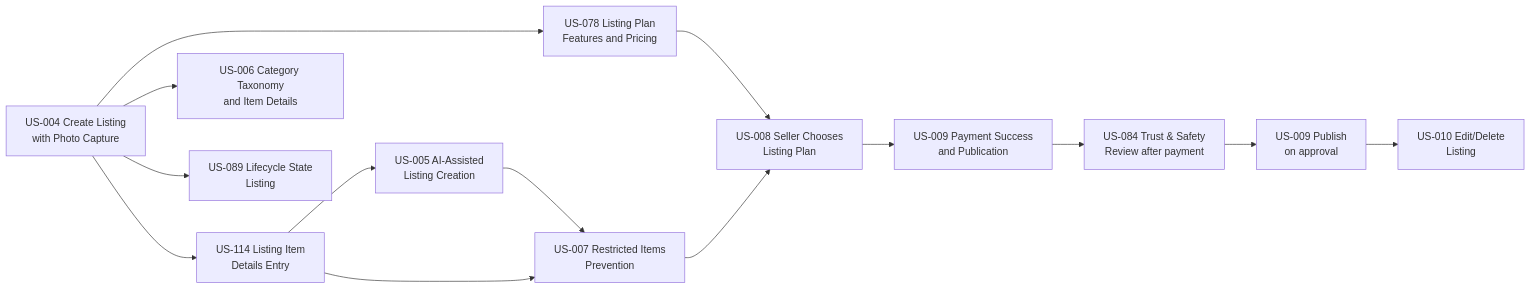
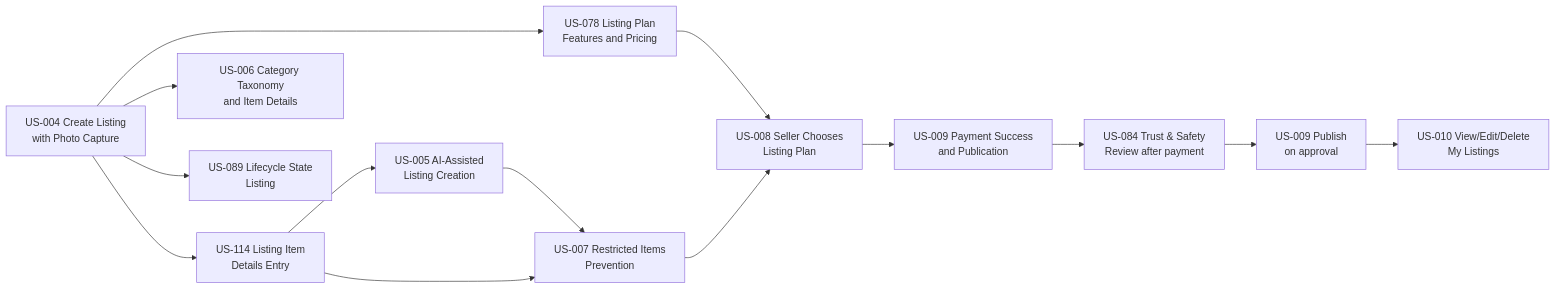
Before and after one commit to VSPL-New/Documents: the first of 15 diagrams in LLD/Sprint-2-Seller Listing Creation-LLD.md, drawn with Mermaid. The commit also changed other lines of this file and 5 other files, not shown here.

First line of the commit message:
docs(US-010): view, edit and delete my listings: story, plan, LLD parts C and J

````diff
--- a/LLD/Sprint-2-Seller Listing Creation-LLD.md
+++ b/LLD/Sprint-2-Seller Listing Creation-LLD.md
@@ -25,16 +25,16 @@
 ```mermaid
 graph LR
     US004[US-004 Create Listing<br/>with Photo Capture] --> US114[US-114 Listing Item<br/>Details Entry]
     US114 --> US005[US-005 AI-Assisted<br/>Listing Creation]
     US004 --> US006[US-006 Category Taxonomy<br/>and Item Details]
     US005 --> US007[US-007 Restricted Items<br/>Prevention]
     US114 --> US007
     US004 --> US089[US-089 Lifecycle State<br/>Listing]
     US004 --> US078[US-078 Listing Plan<br/>Features and Pricing]
     US078 --> US008[US-008 Seller Chooses<br/>Listing Plan]
     US007 --> US008
     US008 --> US009[US-009 Payment Success<br/>and Publication]
     US009 --> US084[US-084 Trust & Safety<br/>Review after payment]
     US084 --> US009P[US-009 Publish<br/>on approval]
-    US009P --> US010[US-010 Edit/Delete<br/>Listing]
+    US009P --> US010[US-010 View/Edit/Delete<br/>My Listings]
 ```
````
